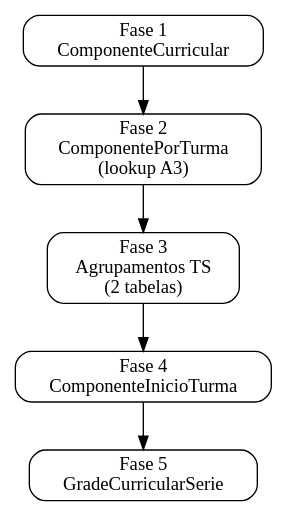
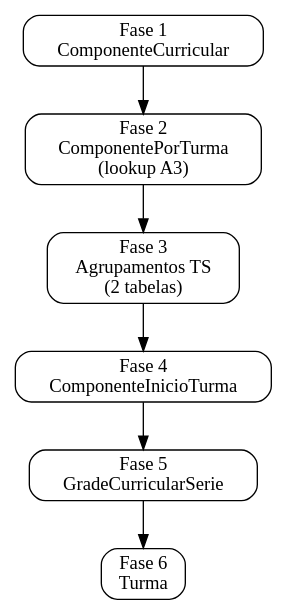
The diagram in docs/dominios/pedagogico/visao_geral.md (prefeiturasp/SME-IntegracaoEOL-MS-ETL), drawn with Graphviz before and after one commit. The commit also changed other lines of this file and 3 other files, not shown here.

````diff
--- a/docs/dominios/pedagogico/visao_geral.md
+++ b/docs/dominios/pedagogico/visao_geral.md
@@ -75,14 +82,15 @@
 ```{graphviz}
 digraph G {
     rankdir=TB;
     node [shape=box, style="rounded"];
 
     F1 [label="Fase 1\nComponenteCurricular"];
     F2 [label="Fase 2\nComponentePorTurma\n(lookup A3)"];
     F3 [label="Fase 3\nAgrupamentos TS\n(2 tabelas)"];
     F4 [label="Fase 4\nComponenteInicioTurma"];
     F5 [label="Fase 5\nGradeCurricularSerie"];
+    F6 [label="Fase 6\nTurma"];
 
-    F1 -> F2 -> F3 -> F4 -> F5;
+    F1 -> F2 -> F3 -> F4 -> F5 -> F6;
 }
 ```
````
